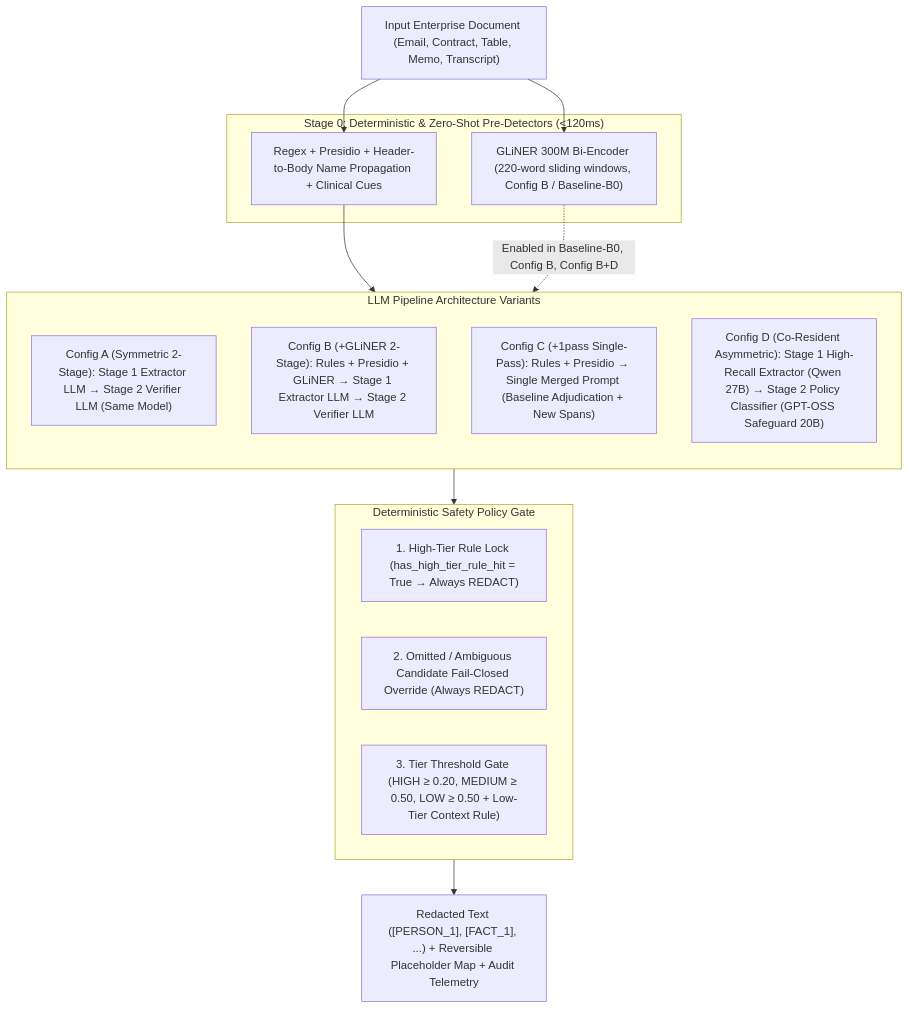
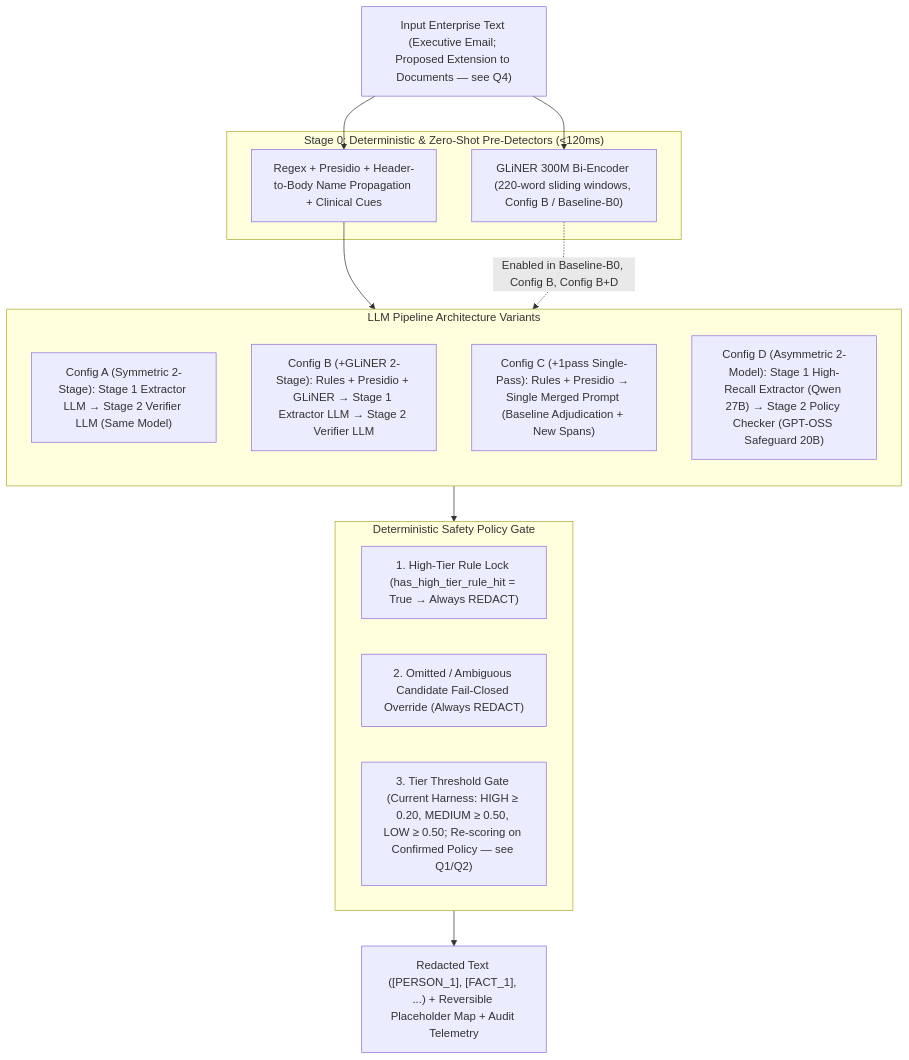
The diagram in meetings/client/2026-10-26/briefing-vpc-model-evaluation-en.md (Mark-Chu-19/virtual-gold-capstone), drawn with Mermaid before and after one commit. The commit also changed other lines of this file and 8 other files, not shown here.

````diff
--- a/meetings/client/2026-10-26/briefing-vpc-model-evaluation-en.md
+++ b/meetings/client/2026-10-26/briefing-vpc-model-evaluation-en.md
@@ -101,32 +105,32 @@
 ```mermaid
 flowchart TB
-    Doc["Input Enterprise Document (Email, Contract, Table, Memo, Transcript)"]
+    Doc["Input Enterprise Text (Executive Email; Proposed Extension to Documents — see Q4)"]
     
     subgraph Tier0["Stage 0: Deterministic & Zero-Shot Pre-Detectors (<120ms)"]
         Reg["Regex + Presidio + Header-to-Body Name Propagation + Clinical Cues"]
         Gli["GLiNER 300M Bi-Encoder (220-word sliding windows, Config B / Baseline-B0)"]
     end
     
     Doc --> Reg
     Doc --> Gli
     
     subgraph Arch["LLM Pipeline Architecture Variants"]
         direction TB
         CA["Config A (Symmetric 2-Stage): Stage 1 Extractor LLM → Stage 2 Verifier LLM (Same Model)"]
         CB["Config B (+GLiNER 2-Stage): Rules + Presidio + GLiNER → Stage 1 Extractor LLM → Stage 2 Verifier LLM"]
         CC["Config C (+1pass Single-Pass): Rules + Presidio → Single Merged Prompt (Baseline Adjudication + New Spans)"]
-        CD["Config D (Co-Resident Asymmetric): Stage 1 High-Recall Extractor (Qwen 27B) → Stage 2 Policy Classifier (GPT-OSS Safeguard 20B)"]
+        CD["Config D (Asymmetric 2-Model): Stage 1 High-Recall Extractor (Qwen 27B) → Stage 2 Policy Checker (GPT-OSS Safeguard 20B)"]
     end
     
     Reg --> Arch
     Gli -.->|"Enabled in Baseline-B0, Config B, Config B+D"| Arch
     
     subgraph Gate["Deterministic Safety Policy Gate"]
         Lock["1. High-Tier Rule Lock (has_high_tier_rule_hit = True → Always REDACT)"]
         FailClosed["2. Omitted / Ambiguous Candidate Fail-Closed Override (Always REDACT)"]
-        Thresh["3. Tier Threshold Gate (HIGH ≥ 0.20, MEDIUM ≥ 0.50, LOW ≥ 0.50 + Low-Tier Context Rule)"]
+        Thresh["3. Tier Threshold Gate (Current Harness: HIGH ≥ 0.20, MEDIUM ≥ 0.50, LOW ≥ 0.50; Re-scoring on Confirmed Policy — see Q1/Q2)"]
     end
     
     Arch --> Gate
     Gate --> Out["Redacted Text ([PERSON_1], [FACT_1], ...) + Reversible Placeholder Map + Audit Telemetry"]
 ```
````
